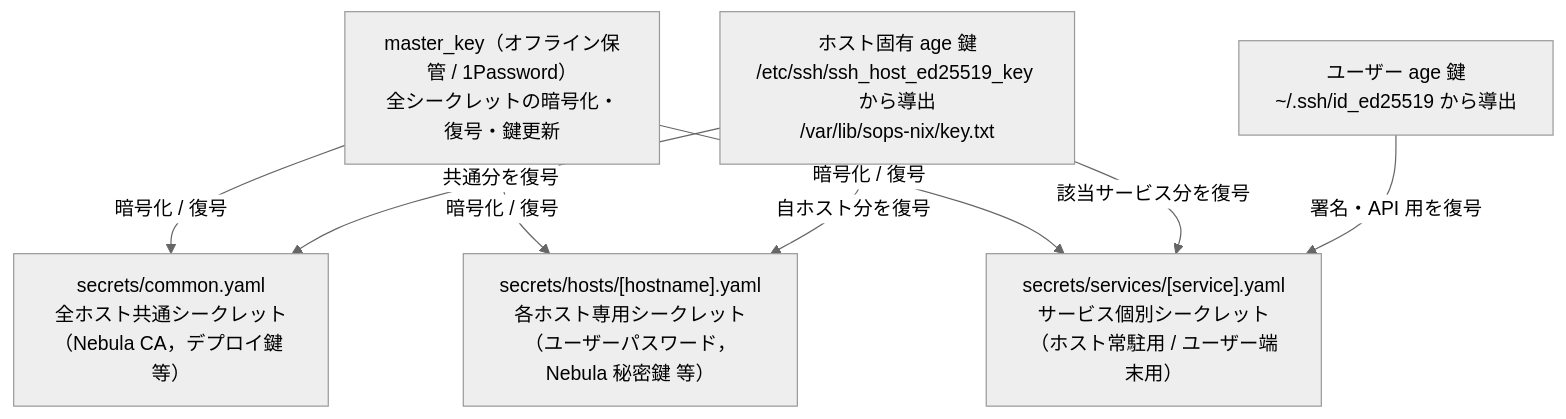
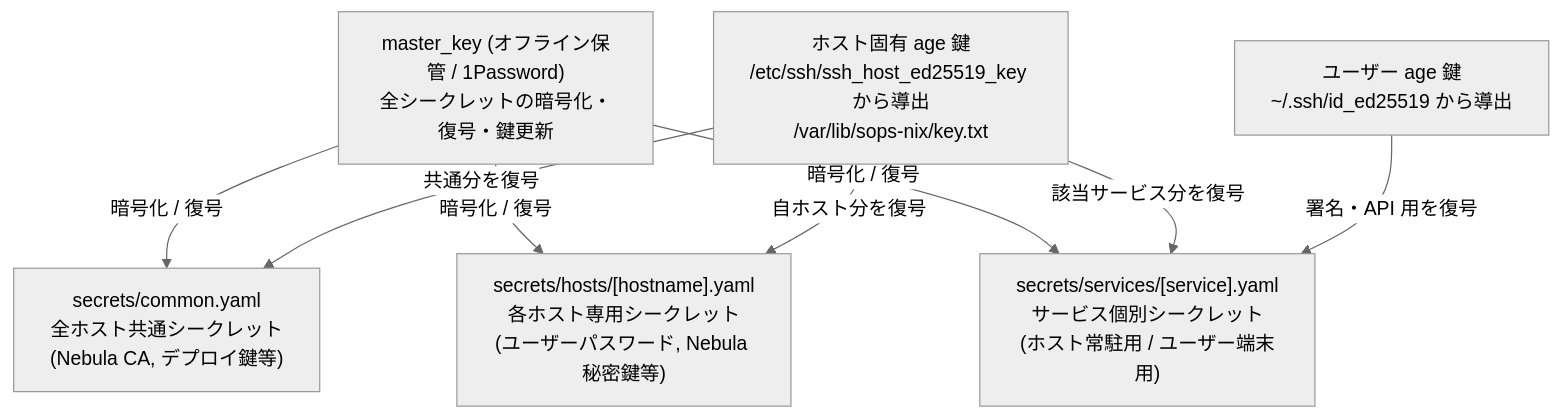
The diagram in docs/operations/secret-management.md (t3u-tsu/nix-config), drawn with Mermaid (neutral theme) before and after one commit. The commit also changed other lines of this file and 34 other files, not shown here.

````diff
--- a/docs/operations/secret-management.md
+++ b/docs/operations/secret-management.md
@@ -9,19 +9,19 @@
 ```mermaid
 graph TD
-    Master["master_key（オフライン保管 / 1Password）<br>全シークレットの暗号化・復号・鍵更新"]
+    Master["master_key (オフライン保管 / 1Password)<br>全シークレットの暗号化・復号・鍵更新"]
     HostKey["ホスト固有 age 鍵<br>/etc/ssh/ssh_host_ed25519_key から導出<br>/var/lib/sops-nix/key.txt"]
     UserKey["ユーザー age 鍵<br>~/.ssh/id_ed25519 から導出"]
 
-    CommonSecret["secrets/common.yaml<br>全ホスト共通シークレット<br>（Nebula CA，デプロイ鍵 等）"]
-    HostSecret["secrets/hosts/[hostname].yaml<br>各ホスト専用シークレット<br>（ユーザーパスワード，Nebula 秘密鍵 等）"]
-    ServiceSecret["secrets/services/[service].yaml<br>サービス個別シークレット<br>（ホスト常駐用 / ユーザー端末用）"]
+    CommonSecret["secrets/common.yaml<br>全ホスト共通シークレット<br>(Nebula CA, デプロイ鍵等)"]
+    HostSecret["secrets/hosts/[hostname].yaml<br>各ホスト専用シークレット<br>(ユーザーパスワード, Nebula 秘密鍵等)"]
+    ServiceSecret["secrets/services/[service].yaml<br>サービス個別シークレット<br>(ホスト常駐用 / ユーザー端末用)"]
 
     Master -->|暗号化 / 復号| CommonSecret
     Master -->|暗号化 / 復号| HostSecret
     Master -->|暗号化 / 復号| ServiceSecret
 
     HostKey -->|共通分を復号| CommonSecret
     HostKey -->|自ホスト分を復号| HostSecret
     HostKey -->|該当サービス分を復号| ServiceSecret
     UserKey -->|署名・API 用を復号| ServiceSecret
 ```
````
